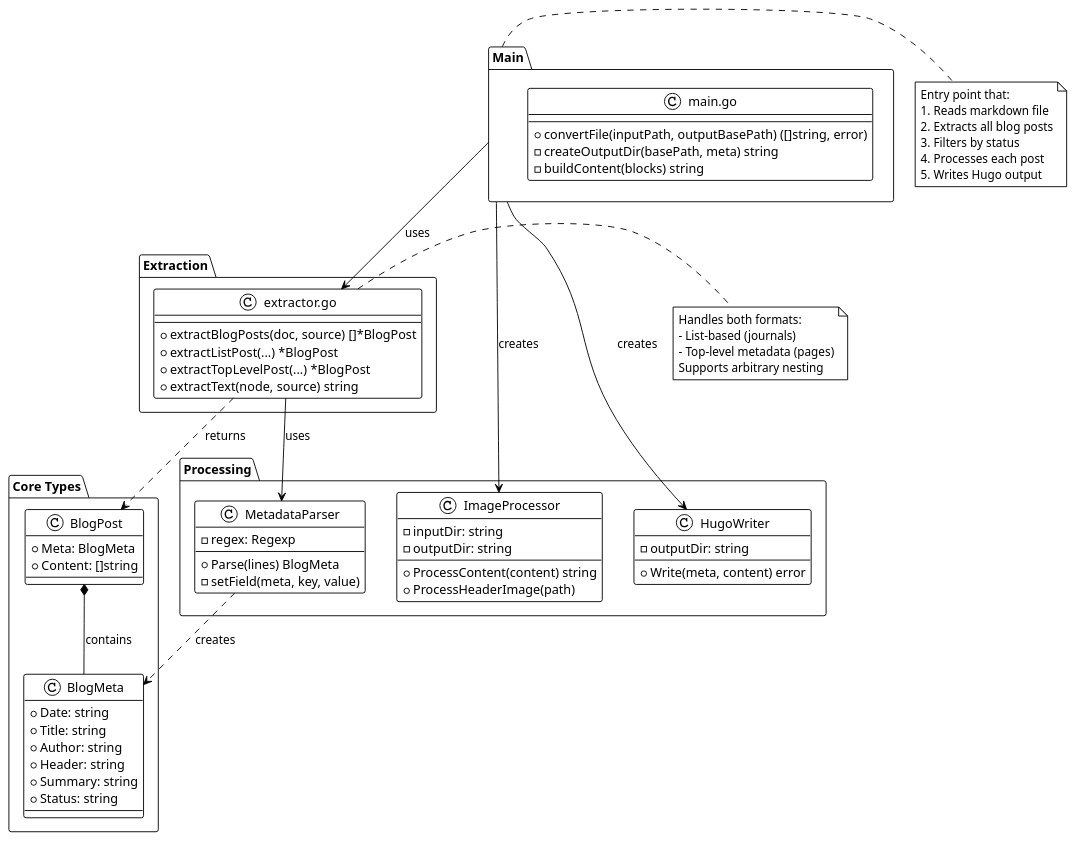
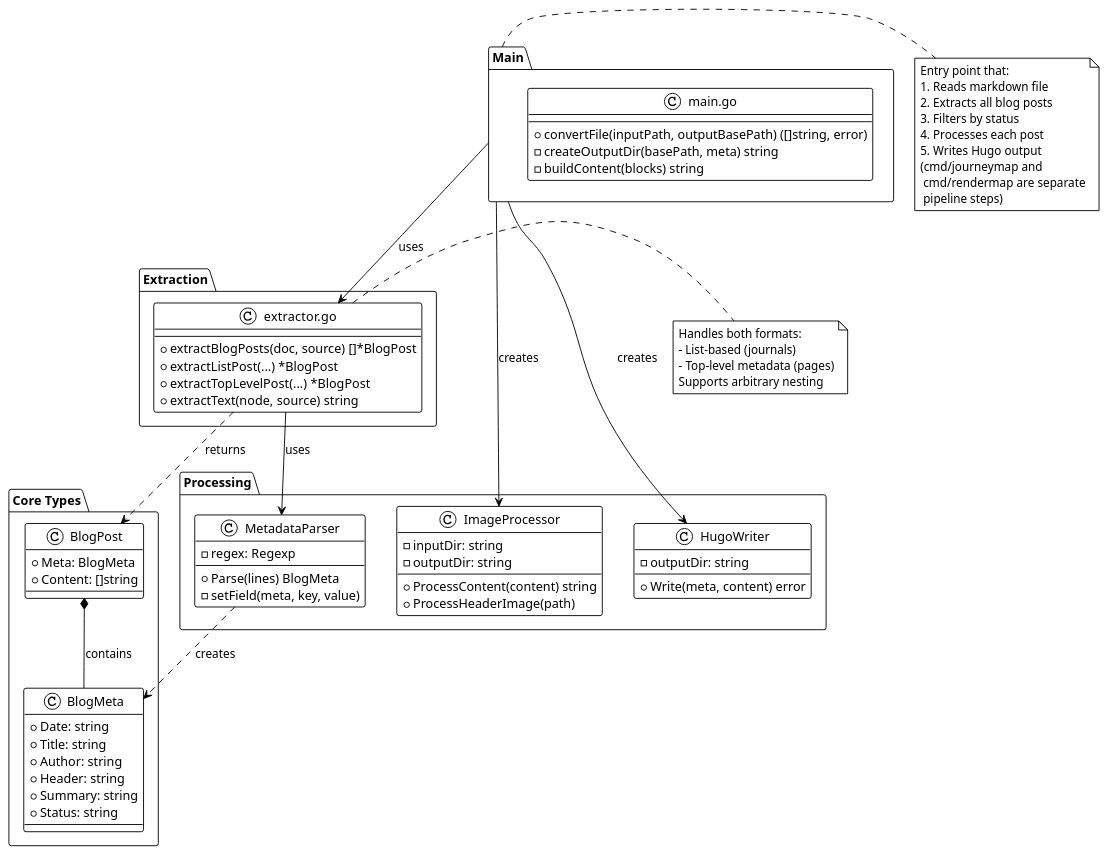
The diagram in README.md (bbaumgartner/logseq-to-hugo-converter), drawn with PlantUML before and after one commit. The commit also changed other lines of this file and 10 other files, not shown here.

```diff
--- a/README.md
+++ b/README.md
@@ -356,6 +406,9 @@
   3. Filters by status
   4. Processes each post
   5. Writes Hugo output
+  (cmd/journeymap and
+   cmd/rendermap are separate
+   pipeline steps)
 end note
 
 note right of Extractor
```
